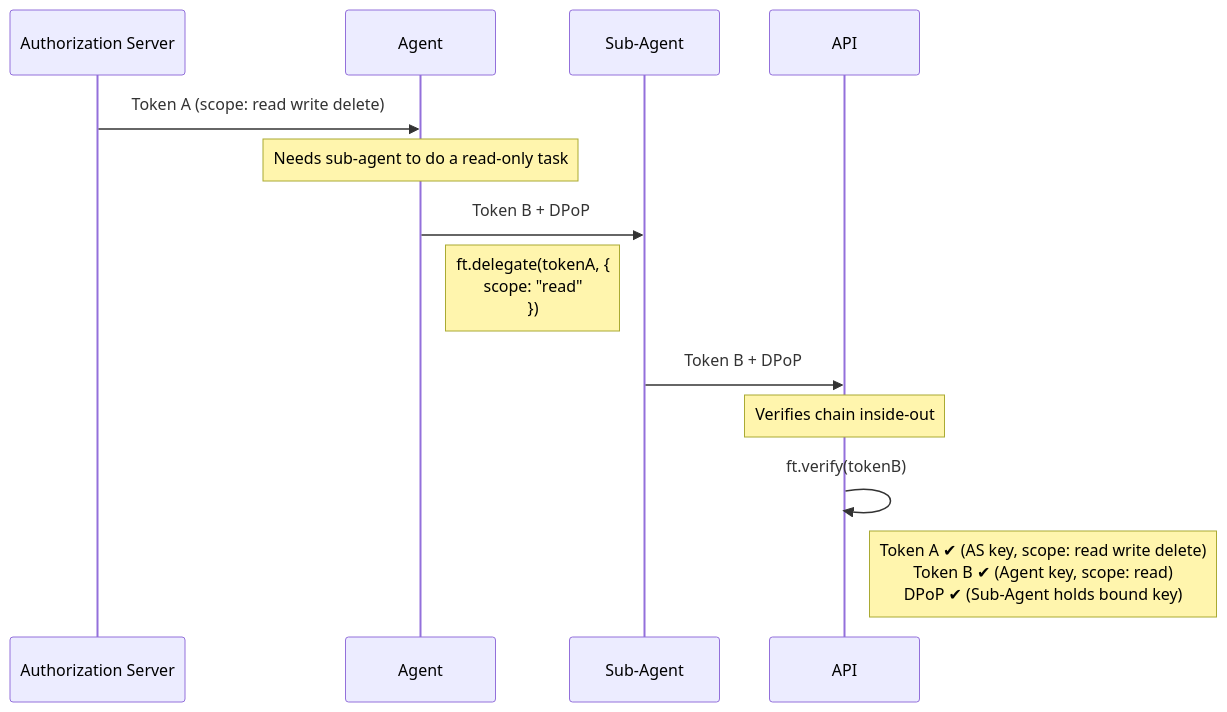
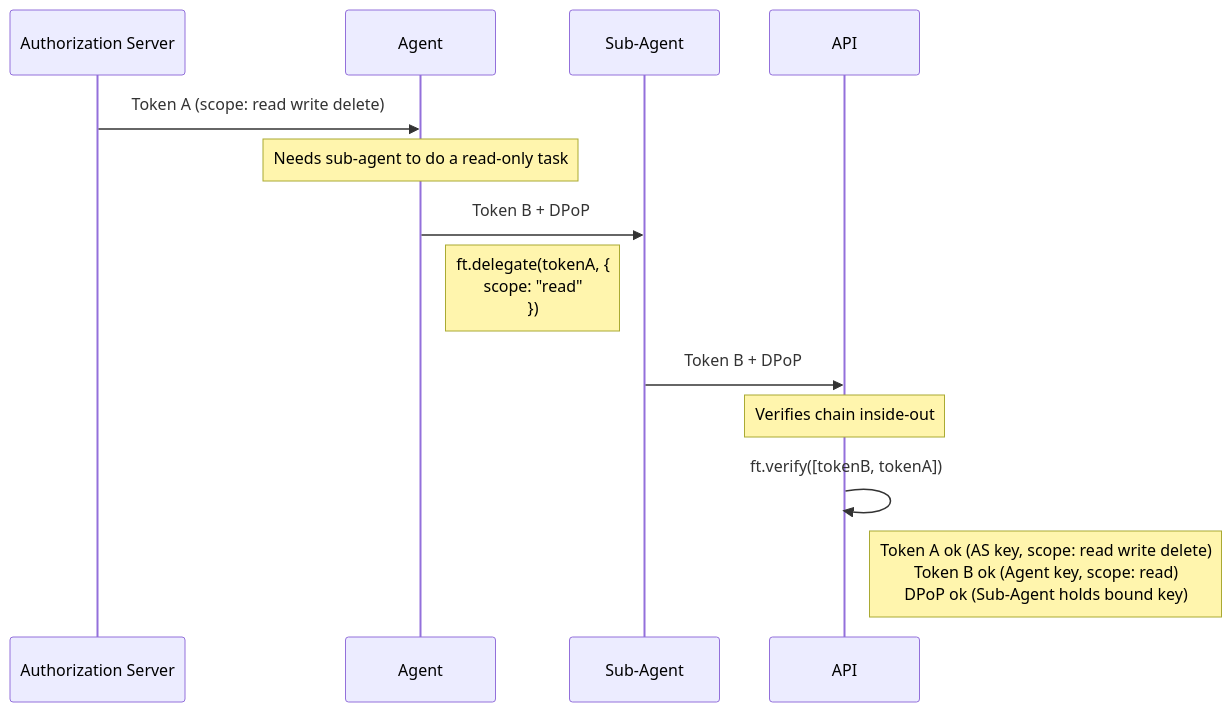
The first of 2 diagrams in README.md (ciamshrek/french-toast-jwt), drawn with Mermaid before and after one commit. The commit also changed other lines of this file and 13 other files, not shown here.

````diff
--- a/README.md
+++ b/README.md
@@ -19,19 +19,19 @@
 ```mermaid
 sequenceDiagram
     participant AS as Authorization Server
     participant Agent as Agent
     participant Sub as Sub-Agent
     participant API as API
 
     AS->>Agent: Token A (scope: read write delete)
     Note over Agent: Needs sub-agent to do a read-only task
 
     Agent->>Sub: Token B + DPoP
     Note right of Agent: ft.delegate(tokenA, {<br/>scope: "read"<br/>})
 
     Sub->>API: Token B + DPoP
     Note over API: Verifies chain inside-out
 
-    API->>API: ft.verify(tokenB)
-    Note right of API: Token A ✔ (AS key, scope: read write delete)<br/>Token B ✔ (Agent key, scope: read)<br/>DPoP ✔ (Sub-Agent holds bound key)
+    API->>API: ft.verify([tokenB, tokenA])
+    Note right of API: Token A ok (AS key, scope: read write delete)<br/>Token B ok (Agent key, scope: read)<br/>DPoP ok (Sub-Agent holds bound key)
 ```
````
